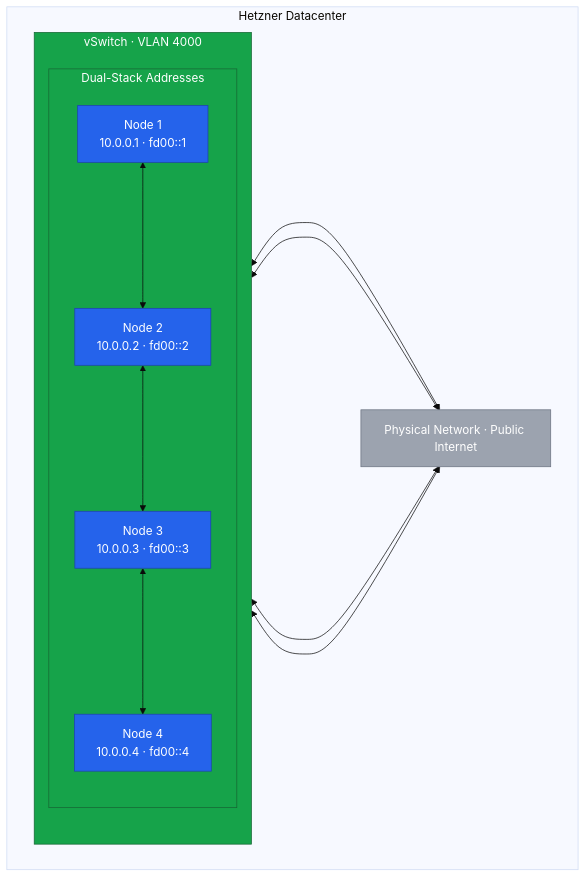
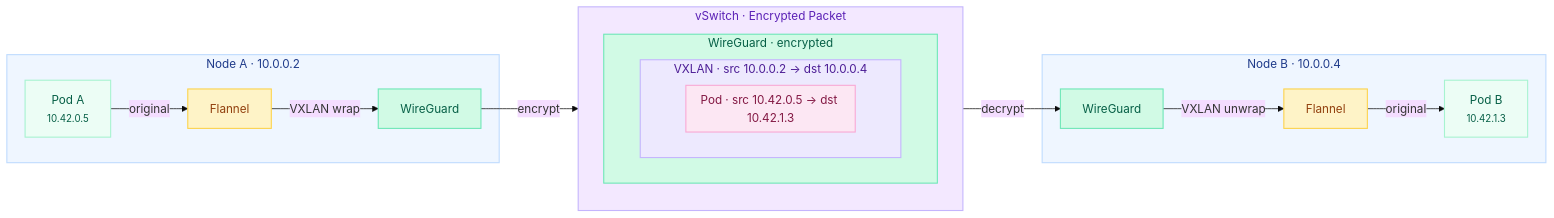
One commit to philprime/philprime.dev changed the second of 2 diagrams in guides/migrating-k3s-to-rke2-without-downtime/lesson-6.md. Above: the diagram before and after it, drawn with Mermaid (base theme). The commit also changed other lines of this file and 8 other files, not shown here.

````diff
--- a/guides/migrating-k3s-to-rke2-without-downtime/lesson-6.md
+++ b/guides/migrating-k3s-to-rke2-without-downtime/lesson-6.md
@@ -140,32 +235,49 @@
 ```mermaid!
-flowchart TB
-    subgraph DC["Hetzner Datacenter"]
-        subgraph VS["vSwitch · VLAN 4000"]
-            direction TB
-            subgraph addrs["Dual-Stack Addresses"]
-                N1["Node 1<br/>10.0.0.1 · fd00::1"]
-                N2["Node 2<br/>10.0.0.2 · fd00::2"]
-                N3["Node 3<br/>10.0.0.3 · fd00::3"]
-                N4["Node 4<br/>10.0.0.4 · fd00::4"]
+flowchart LR
+    subgraph NodeA["Node A · 10.0.0.2"]
+        PodA["Pod A<br/><small>10.42.0.5</small>"]
+        FA["Flannel"]
+        WA["WireGuard"]
+    end
+
+    subgraph Wire["vSwitch · Encrypted Packet"]
+        direction TB
+        subgraph WG["WireGuard · encrypted"]
+            subgraph Outer["VXLAN · src 10.0.0.2 → dst 10.0.0.4"]
+                subgraph Inner["Pod · src 10.42.0.5 → dst 10.42.1.3"]
+                end
             end
         end
-        PN["Physical Network · Public Internet"]
     end
 
-    N1 <---> PN
-    N2 <---> PN
-    N3 <---> PN
-    N4 <---> PN
+    subgraph NodeB["Node B · 10.0.0.4"]
+        WB["WireGuard"]
+        FB["Flannel"]
+        PodB["Pod B<br/><small>10.42.1.3</small>"]
+    end
 
-    N1 <---> N2
-    N2 <---> N3
-    N3 <---> N4
+    PodA -->|"original"| FA
+    FA -->|"VXLAN wrap"| WA
+    WA -->|"encrypt"| Wire
+    Wire -->|"decrypt"| WB
+    WB -->|"VXLAN unwrap"| FB
+    FB -->|"original"| PodB
 
-    classDef vswitch fill:#16a34a,color:#fff,stroke:#166534
-    classDef node fill:#2563eb,color:#fff,stroke:#1e40af
-    classDef network fill:#9ca3af,color:#fff,stroke:#6b7280
+    classDef node fill:#eff6ff,color:#1e3a8a,stroke:#bfdbfe,stroke-width:1.5px
+    classDef pod fill:#ecfdf5,color:#065f46,stroke:#a7f3d0,stroke-width:1.5px
+    classDef flannel fill:#fef3c7,color:#92400e,stroke:#fcd34d,stroke-width:1.5px
+    classDef wg fill:#d1fae5,color:#065f46,stroke:#6ee7b7,stroke-width:1.5px
+    classDef wire fill:#f3e8ff,color:#5b21b6,stroke:#c4b5fd,stroke-width:1.5px
+    classDef outer fill:#ede9fe,color:#4c1d95,stroke:#c4b5fd,stroke-width:1.5px
+    classDef inner fill:#fce7f3,color:#831843,stroke:#f9a8d4,stroke-width:1.5px
+    classDef encrypted fill:#d1fae5,color:#065f46,stroke:#6ee7b7,stroke-width:1.5px
 
-    class VS,addrs vswitch
-    class N1,N2,N3,N4 node
-    class PN network
+    class NodeA,NodeB node
+    class PodA,PodB pod
+    class FA,FB flannel
+    class WA,WB wg
+    class Wire wire
+    class WG encrypted
+    class Outer outer
+    class Inner inner
 ```
````
